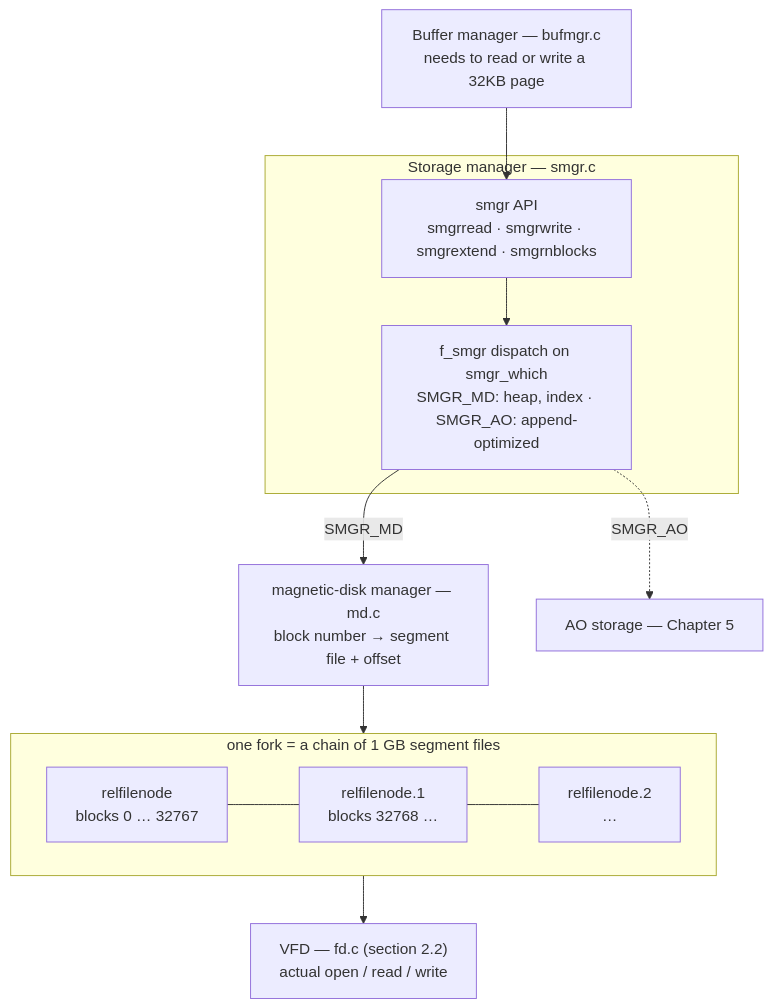
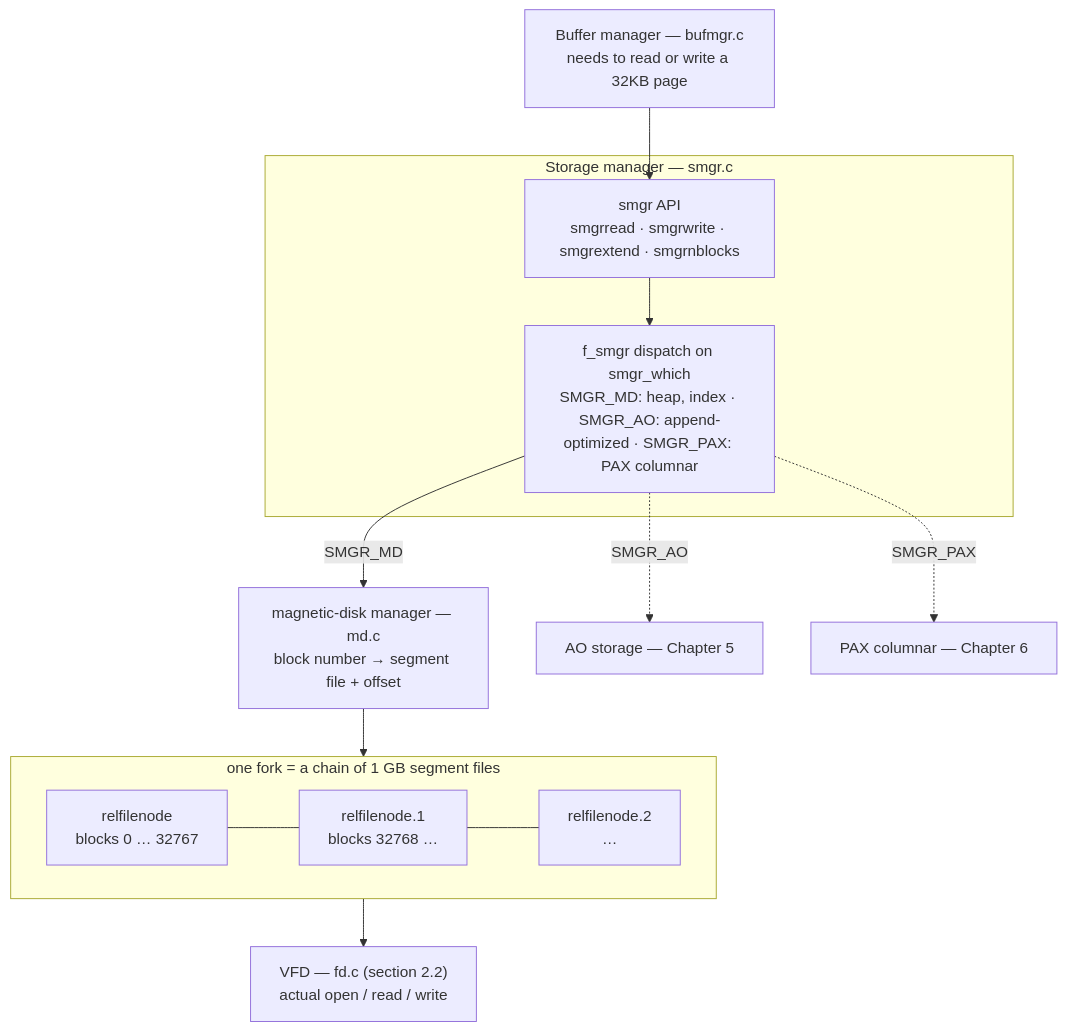
Before and after one commit to apache/cloudberry: the fifth of 5 diagrams in docs/core-internals/part-2-storage-data-layout/ch02.md, drawn with Mermaid. The commit also changed other lines of this file and 88 other files, not shown here.

First line of the commit message:
Doc: Repair figure rendering, dark theme and the editorial backlog

````diff
--- a/docs/core-internals/part-2-storage-data-layout/ch02.md
+++ b/docs/core-internals/part-2-storage-data-layout/ch02.md
@@ -298,23 +298,24 @@
 ```mermaid
 flowchart TB
   BUF["Buffer manager — bufmgr.c<br/>needs to read or write a 32KB page"]
   subgraph SMGR["Storage manager — smgr.c"]
     API["smgr API<br/>smgrread · smgrwrite · smgrextend · smgrnblocks"]
-    SW["f_smgr dispatch on smgr_which<br/>SMGR_MD: heap, index · SMGR_AO: append-optimized"]
+    SW["f_smgr dispatch on smgr_which<br/>SMGR_MD: heap, index · SMGR_AO: append-optimized · SMGR_PAX: PAX columnar"]
     API --> SW
   end
   MD["magnetic-disk manager — md.c<br/>block number → segment file + offset"]
   subgraph FILES["one fork = a chain of 1 GB segment files"]
     direction LR
     F0["relfilenode<br/>blocks 0 … 32767"]
     F1["relfilenode.1<br/>blocks 32768 …"]
     F2["relfilenode.2<br/>…"]
     F0 --- F1 --- F2
   end
   VFD["VFD — fd.c (section 2.2)<br/>actual open / read / write"]
   BUF --> API
   SW -->|SMGR_MD| MD
   SW -.->|SMGR_AO| AO["AO storage — Chapter 5"]
+  SW -.->|SMGR_PAX| PAX["PAX columnar — Chapter 6"]
   MD --> FILES
   FILES --> VFD
 ```
````
